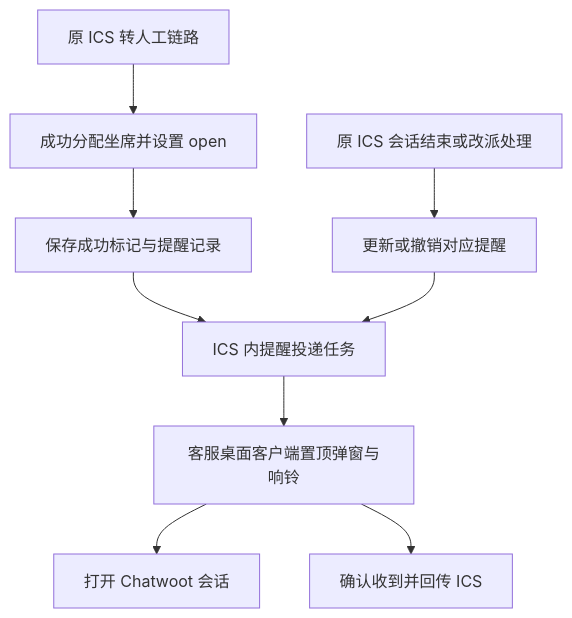
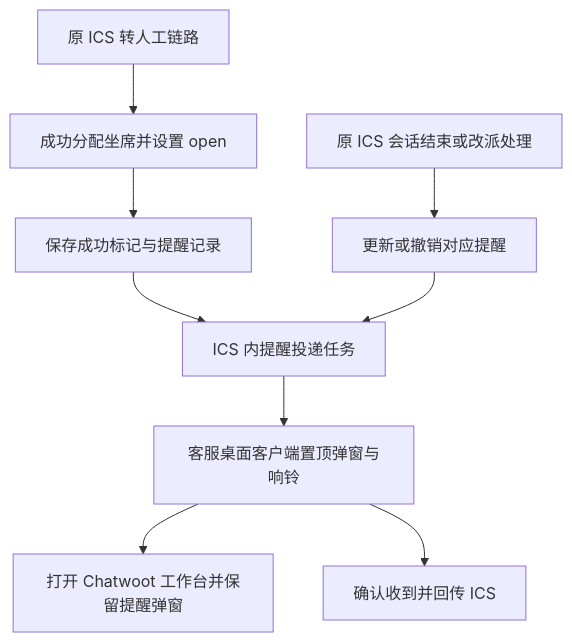
Before and after one commit to yan-beec/cs: the diagram in reminder/docs/development-plan.md, drawn with Mermaid. The commit also changed other lines of this file and 37 other files, not shown here.

````diff
--- a/reminder/docs/development-plan.md
+++ b/reminder/docs/development-plan.md
@@ -44,11 +44,11 @@
 ```mermaid
 flowchart TD
     A[原 ICS 转人工链路] --> B[成功分配坐席并设置 open]
     B --> C[保存成功标记与提醒记录]
     C --> D[ICS 内提醒投递任务]
     D --> E[客服桌面客户端置顶弹窗与响铃]
-    E --> F[打开 Chatwoot 会话]
+    E --> F[打开 Chatwoot 工作台并保留提醒弹窗]
     E --> G[确认收到并回传 ICS]
     H[原 ICS 会话结束或改派处理] --> I[更新或撤销对应提醒]
     I --> D
 ```
````
